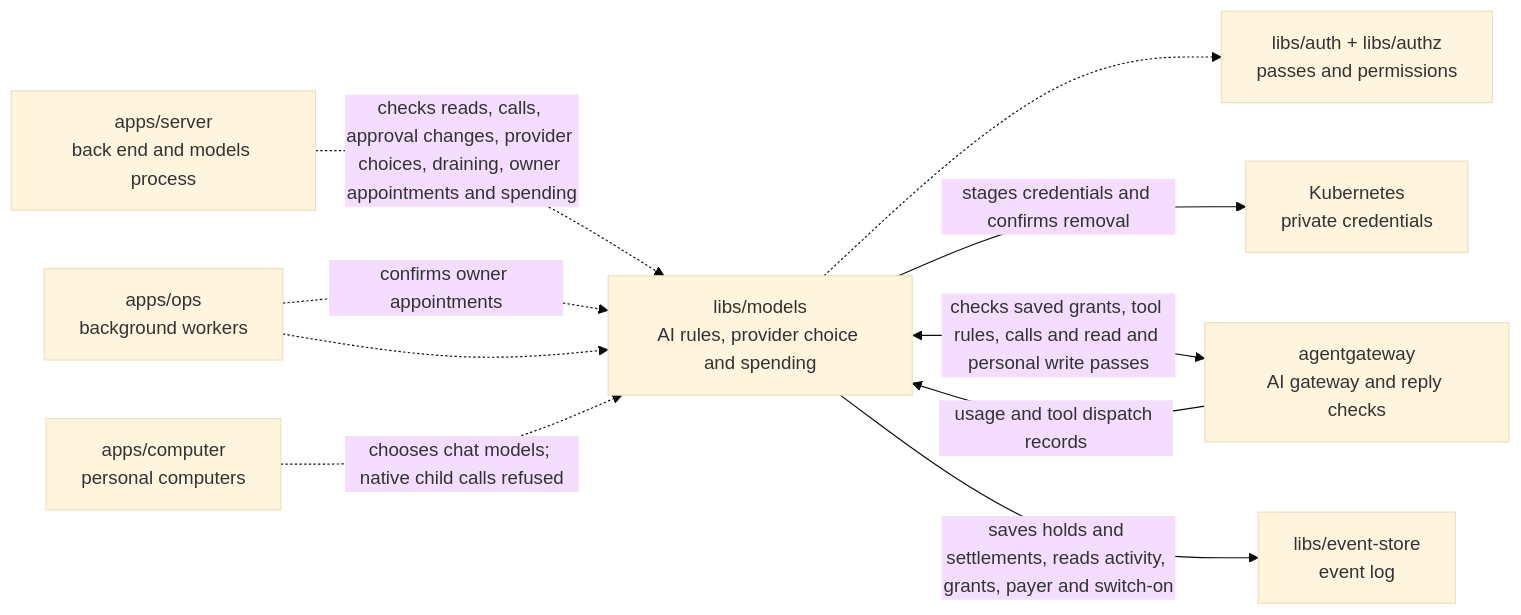
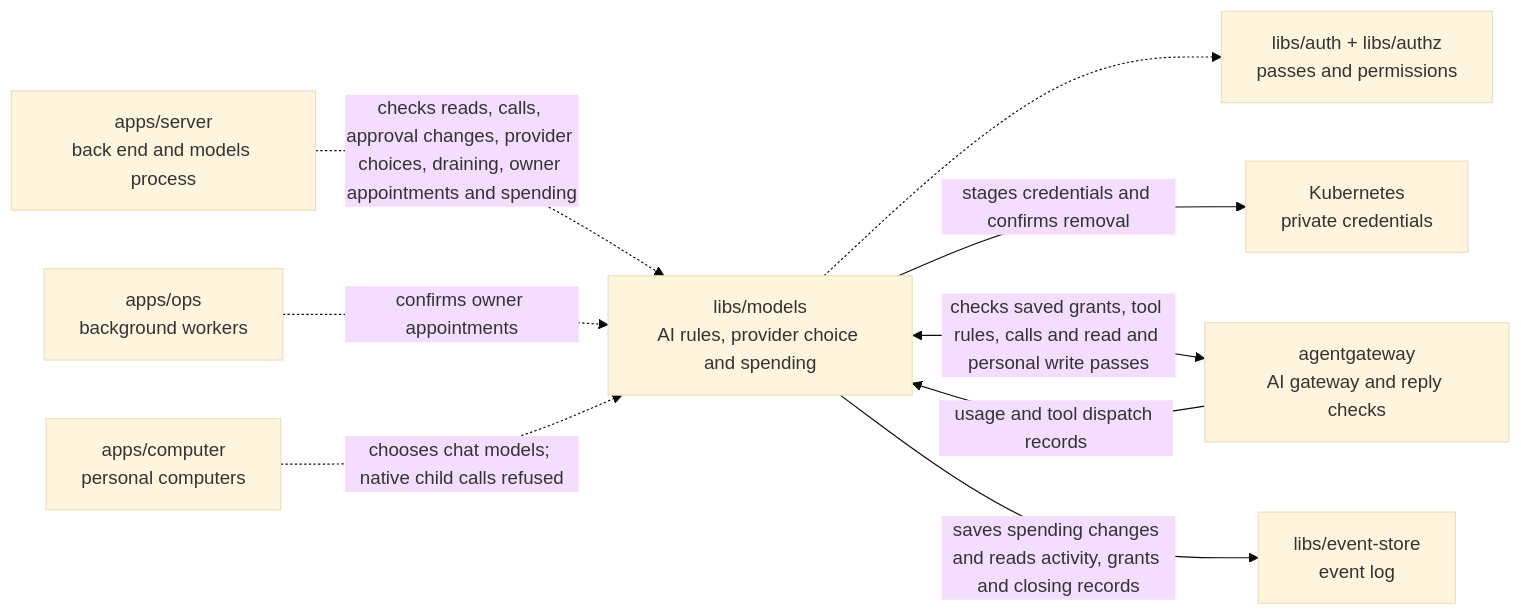
The diagram in libs/models/README.md (elewa-git/opencrane-new), drawn with Mermaid (base theme) before and after one commit. The commit also changed other lines of this file and 55 other files, not shown here.

````diff
--- a/libs/models/README.md
+++ b/libs/models/README.md
@@ -14,12 +14,11 @@
 ```mermaid
 flowchart LR
   server["apps/server<br/>back end and models process"] -.->|checks reads, calls, approval changes, provider choices, draining, owner appointments and spending| models["libs/models<br/>AI rules, provider choice and spending"]
   ops["apps/ops<br/>background workers"] -.->|confirms owner appointments| models
-  ops["apps/ops<br/>background workers"] -.-> models
   computer["apps/computer<br/>personal computers"] -.->|chooses chat models; native child calls refused| models
   models -.-> auth["libs/auth + libs/authz<br/>passes and permissions"]
   models -->|stages credentials and confirms removal| custody["Kubernetes<br/>private credentials"]
   models <-->|checks saved grants, tool rules, calls and read and personal write passes| gateway["agentgateway<br/>AI gateway and reply checks"]
   gateway -->|usage and tool dispatch records| models
-  models -->|saves holds and settlements, reads activity, grants, payer and switch-on| store["libs/event-store<br/>event log"]
+  models -->|saves spending changes and reads activity, grants and closing records| store["libs/event-store<br/>event log"]
 ```
````
